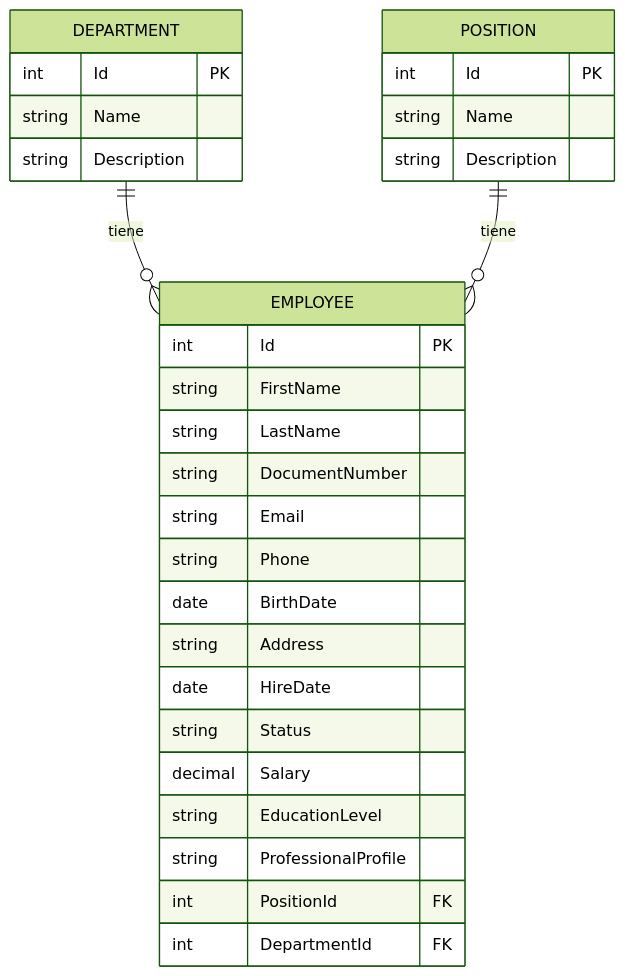
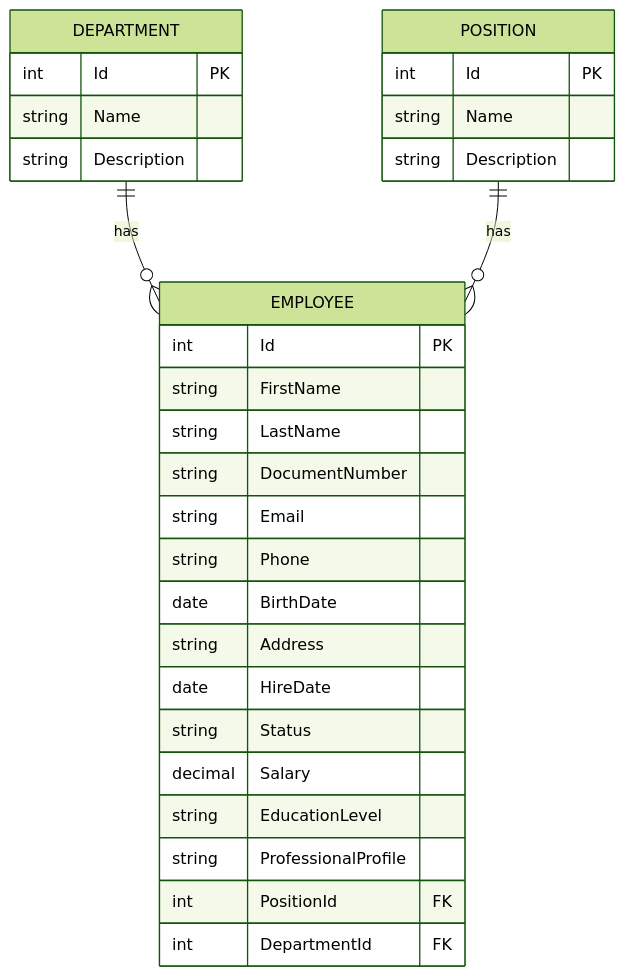
One commit to JuanDavidBarr/TalentoPlus changed the first of 4 diagrams in README.md. Above: the diagram before and after it, drawn with Mermaid (forest theme). The commit also changed other lines of this file, not shown here.

````diff
--- a/README.md
+++ b/README.md
@@ -15,35 +13,35 @@
 ```mermaid
 erDiagram
-    DEPARTMENT ||--o{ EMPLOYEE : "tiene"
-    POSITION ||--o{ EMPLOYEE : "tiene"
+    DEPARTMENT ||--o{ EMPLOYEE : "has"
+    POSITION ||--o{ EMPLOYEE : "has"
     
     DEPARTMENT {
         int Id PK
         string Name
         string Description
     }
     
     POSITION {
         int Id PK
         string Name
         string Description
     }
     
     EMPLOYEE {
         int Id PK
         string FirstName
         string LastName
         string DocumentNumber
         string Email
         string Phone
         date BirthDate
         string Address
         date HireDate
         string Status
         decimal Salary
         string EducationLevel
         string ProfessionalProfile
         int PositionId FK
         int DepartmentId FK
     }
 ```
````
